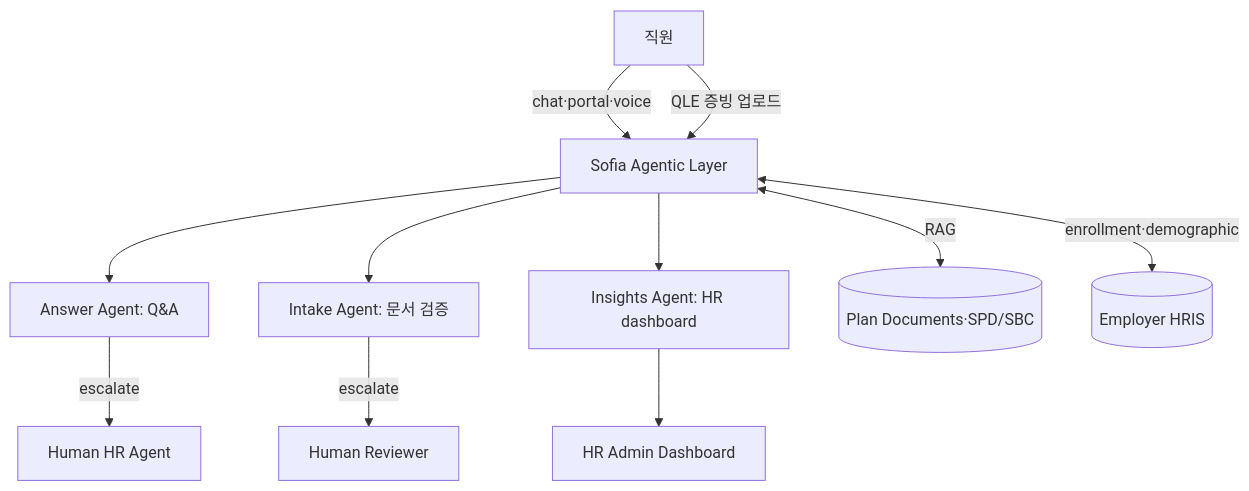
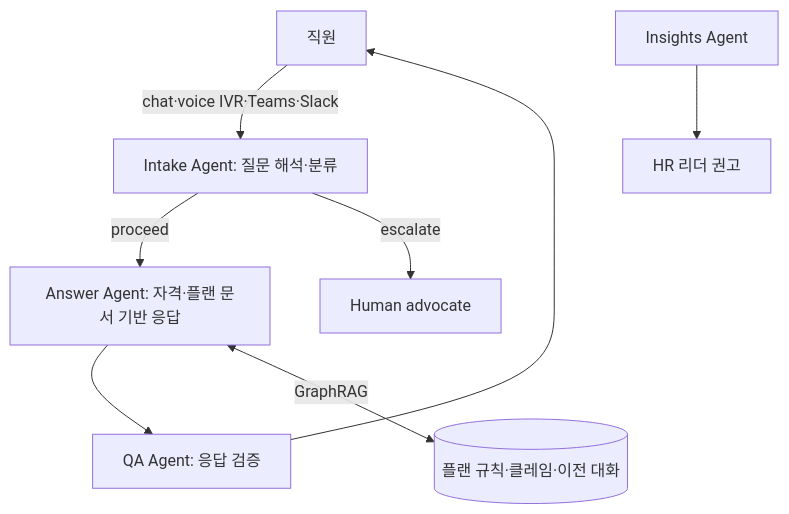
Before and after one commit to jameskim1st/hr-ai-benchmark: the diagram in wiki/usecases/businessolver-sofia-agentic-benefits.md, drawn with Mermaid. The commit also changed other lines of this file and 222 other files, not shown here.

````diff
--- a/wiki/usecases/businessolver-sofia-agentic-benefits.md
+++ b/wiki/usecases/businessolver-sofia-agentic-benefits.md
@@ -107,13 +103,10 @@
 ```mermaid
 flowchart TB
-    Emp[직원] -->|chat·portal·voice| Sofia[Sofia Agentic Layer]
-    Emp -->|QLE 증빙 업로드| Sofia
-    Sofia --> Answer[Answer Agent: Q&A]
-    Sofia --> Intake[Intake Agent: 문서 검증]
-    Sofia --> Insights[Insights Agent: HR dashboard]
-    Answer -->|escalate| HR[Human HR Agent]
-    Intake -->|escalate| Reviewer[Human Reviewer]
-    Insights --> HRAdmin[HR Admin Dashboard]
-    Sofia <-->|RAG| KB[(Plan Documents·SPD/SBC)]
-    Sofia <-->|enrollment·demographic| HRIS[(Employer HRIS)]
+    Emp[직원] -->|chat·voice IVR·Teams·Slack| Intake[Intake Agent: 질문 해석·분류]
+    Intake -->|proceed| Answer[Answer Agent: 자격·플랜 문서 기반 응답]
+    Intake -->|escalate| HR[Human advocate]
+    Answer --> QA[QA Agent: 응답 검증]
+    QA --> Emp
+    Answer <-->|GraphRAG| KB[(플랜 규칙·클레임·이전 대화)]
+    Insights[Insights Agent] --> HRAdmin[HR 리더 권고]
 ```
````
